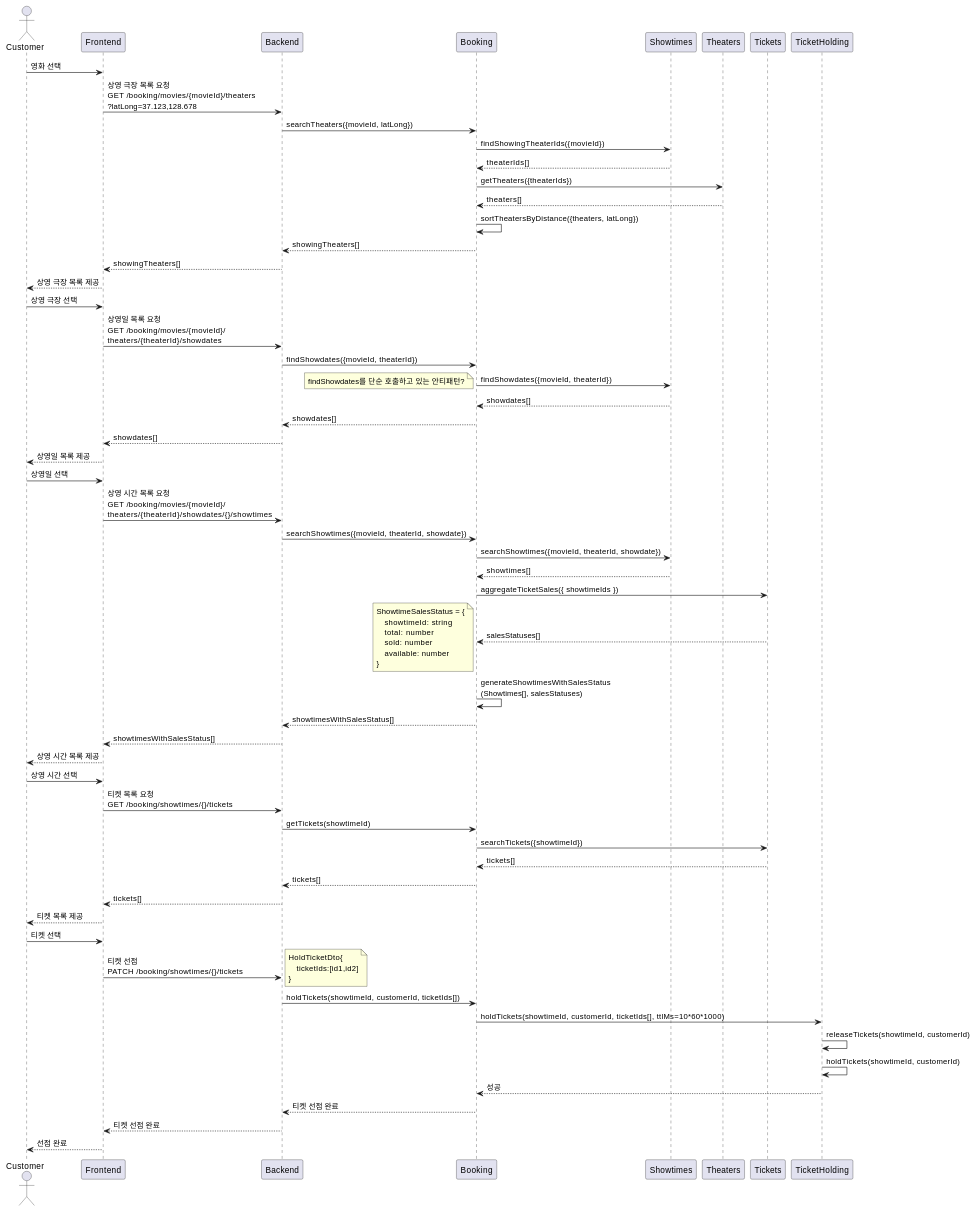
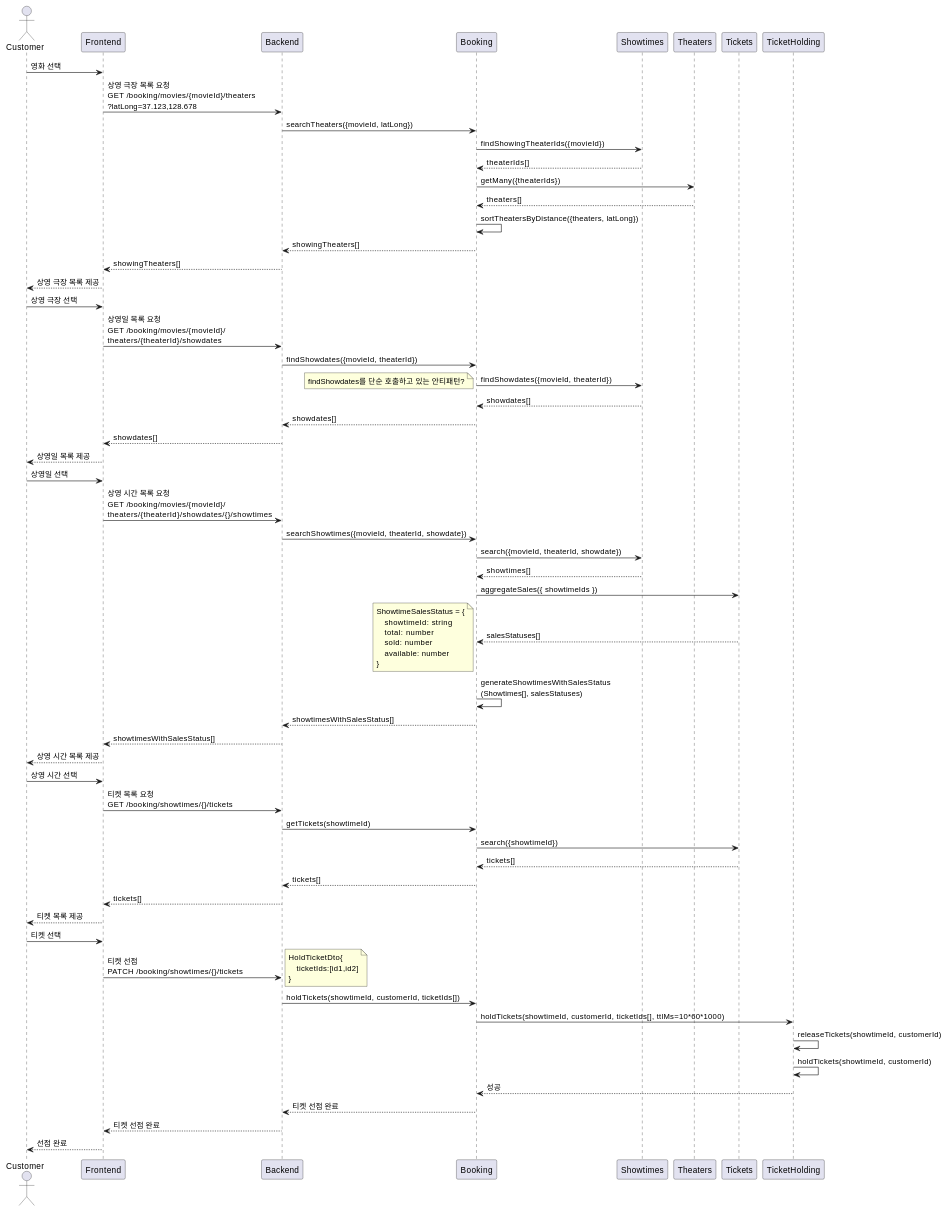
The second of 4 diagrams in docs/en/designs/tickets-purchase.md (mannercode/nest-seed), drawn with PlantUML before and after one commit. The commit also changed other lines of this file and 67 other files, not shown here.

````diff
--- a/docs/en/designs/tickets-purchase.md
+++ b/docs/en/designs/tickets-purchase.md
@@ -106,74 +106,74 @@
 ```plantuml
 @startuml
 actor Customer
 
 Customer -> Frontend: 영화 선택
     Frontend -> Backend: 상영 극장 목록 요청\nGET /booking/movies/{movieId}/theaters\n?latLong=37.123,128.678
         Backend -> Booking: searchTheaters({movieId, latLong})
             Booking -> Showtimes: findShowingTheaterIds({movieId})
             Booking <-- Showtimes: theaterIds[]
-            Booking -> Theaters: getTheaters({theaterIds})
+            Booking -> Theaters: getMany({theaterIds})
             Booking <-- Theaters: theaters[]
             Booking -> Booking: sortTheatersByDistance({theaters, latLong})
         Backend <-- Booking: showingTheaters[]
     Frontend <-- Backend: showingTheaters[]
 Customer <-- Frontend: 상영 극장 목록 제공
 
 Customer -> Frontend: 상영 극장 선택
     Frontend -> Backend: 상영일 목록 요청\nGET /booking/movies/{movieId}/\ntheaters/{theaterId}/showdates
         Backend -> Booking: findShowdates({movieId, theaterId})
             Booking -> Showtimes: findShowdates({movieId, theaterId})
                 note left
                 findShowdates를 단순 호출하고 있는 안티패턴?
                 end note
             Booking <-- Showtimes: showdates[]
         Backend <-- Booking: showdates[]
     Frontend <-- Backend: showdates[]
 Customer <-- Frontend: 상영일 목록 제공
 
 Customer -> Frontend: 상영일 선택
     Frontend -> Backend: 상영 시간 목록 요청\nGET /booking/movies/{movieId}/\ntheaters/{theaterId}/showdates/{}/showtimes
         Backend -> Booking: searchShowtimes({movieId, theaterId, showdate})
-            Booking -> Showtimes: searchShowtimes({movieId, theaterId, showdate})
+            Booking -> Showtimes: search({movieId, theaterId, showdate})
             Booking <-- Showtimes: showtimes[]
-            Booking -> Tickets: aggregateTicketSales({ showtimeIds })
+            Booking -> Tickets: aggregateSales({ showtimeIds })
             Booking <-- Tickets: salesStatuses[]
             note left
             ShowtimeSalesStatus = {
                 showtimeId: string
                 total: number
                 sold: number
                 available: number
             }
             end note
             Booking -> Booking: generateShowtimesWithSalesStatus\n(Showtimes[], salesStatuses)
         Backend <-- Booking: showtimesWithSalesStatus[]
     Frontend <-- Backend: showtimesWithSalesStatus[]
 Customer <-- Frontend: 상영 시간 목록 제공
 
 Customer -> Frontend: 상영 시간 선택
     Frontend -> Backend: 티켓 목록 요청\nGET /booking/showtimes/{}/tickets
         Backend -> Booking: getTickets(showtimeId)
-            Booking -> Tickets: searchTickets({showtimeId})
+            Booking -> Tickets: search({showtimeId})
             Booking <-- Tickets: tickets[]
         Backend <-- Booking: tickets[]
     Frontend <-- Backend: tickets[]
 Customer <-- Frontend: 티켓 목록 제공
 
 Customer -> Frontend: 티켓 선택
     Frontend -> Backend: 티켓 선점\nPATCH /booking/showtimes/{}/tickets
         note right
             HoldTicketDto{
                 ticketIds:[id1,id2]
             }
         end note
         Backend -> Booking: holdTickets(showtimeId, customerId, ticketIds[])
             Booking -> TicketHolding: holdTickets(showtimeId, customerId, ticketIds[], ttlMs=10*60*1000)
                 TicketHolding -> TicketHolding: releaseTickets(showtimeId, customerId)
                 TicketHolding -> TicketHolding: holdTickets(showtimeId, customerId)
             Booking <-- TicketHolding: 성공
         Backend <-- Booking: 티켓 선점 완료
     Frontend <-- Backend: 티켓 선점 완료
 Customer <-- Frontend: 선점 완료
 @enduml
 ```
````
